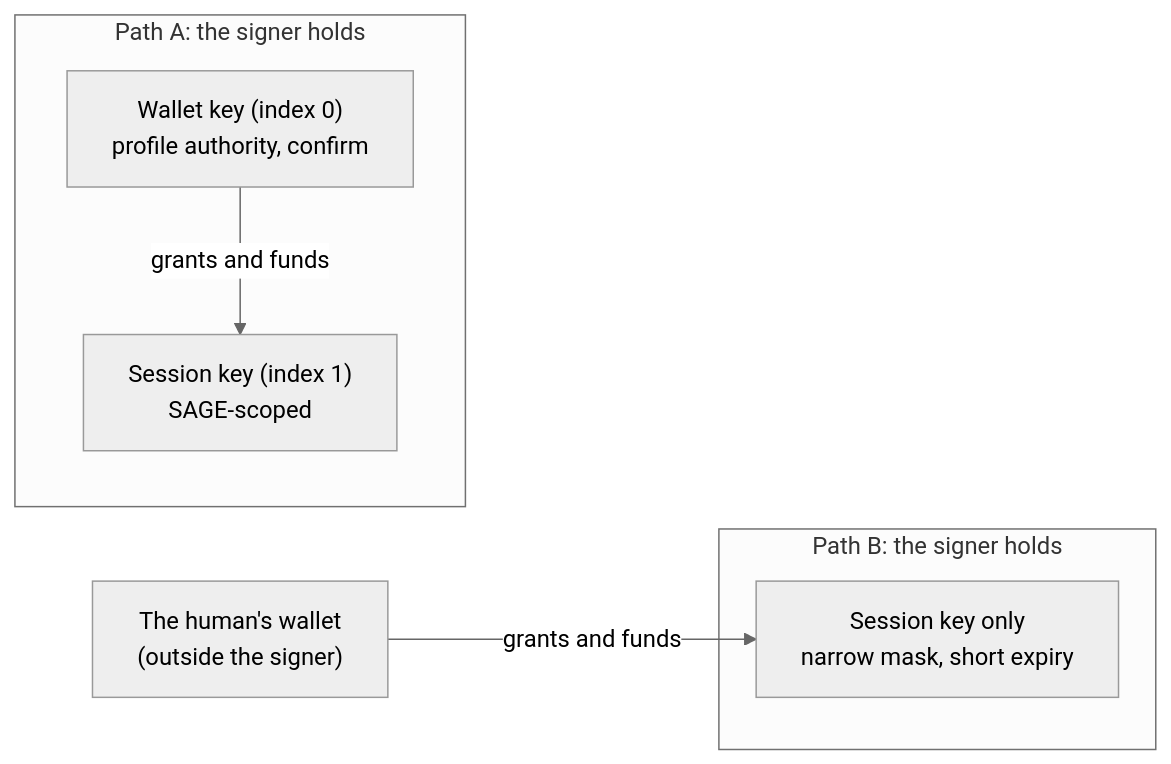
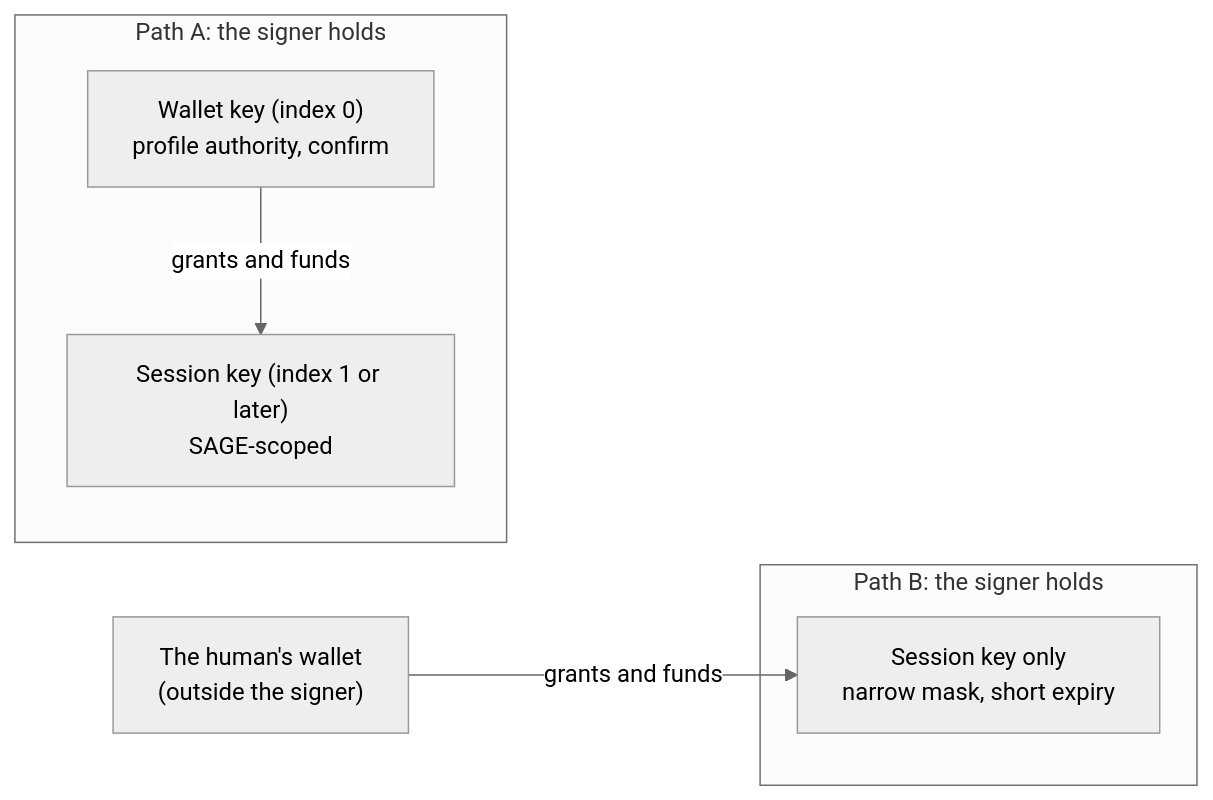
The first of 2 diagrams in docs/src/setup.md (ttdonovan/sa-forge-signer), drawn with Mermaid (neutral theme) before and after one commit. The commit also changed other lines of this file and 29 other files, not shown here.

First line of the commit message:
feat: add the grant page, a local web page where the profile authority's own browser wallet grants and revokes a SAGE session key.

````diff
--- a/docs/src/setup.md
+++ b/docs/src/setup.md
@@ -9,10 +9,10 @@
 ```mermaid
 flowchart LR
     subgraph A["Path A: the signer holds"]
-        W["Wallet key (index 0)<br/>profile authority, confirm"] -->|grants and funds| SA["Session key (index 1)<br/>SAGE-scoped"]
+        W["Wallet key (index 0)<br/>profile authority, confirm"] -->|grants and funds| SA["Session key (index 1 or later)<br/>SAGE-scoped"]
     end
     subgraph B["Path B: the signer holds"]
         SB["Session key only<br/>narrow mask, short expiry"]
     end
     H["The human's wallet<br/>(outside the signer)"] -->|grants and funds| SB
 ```
````
